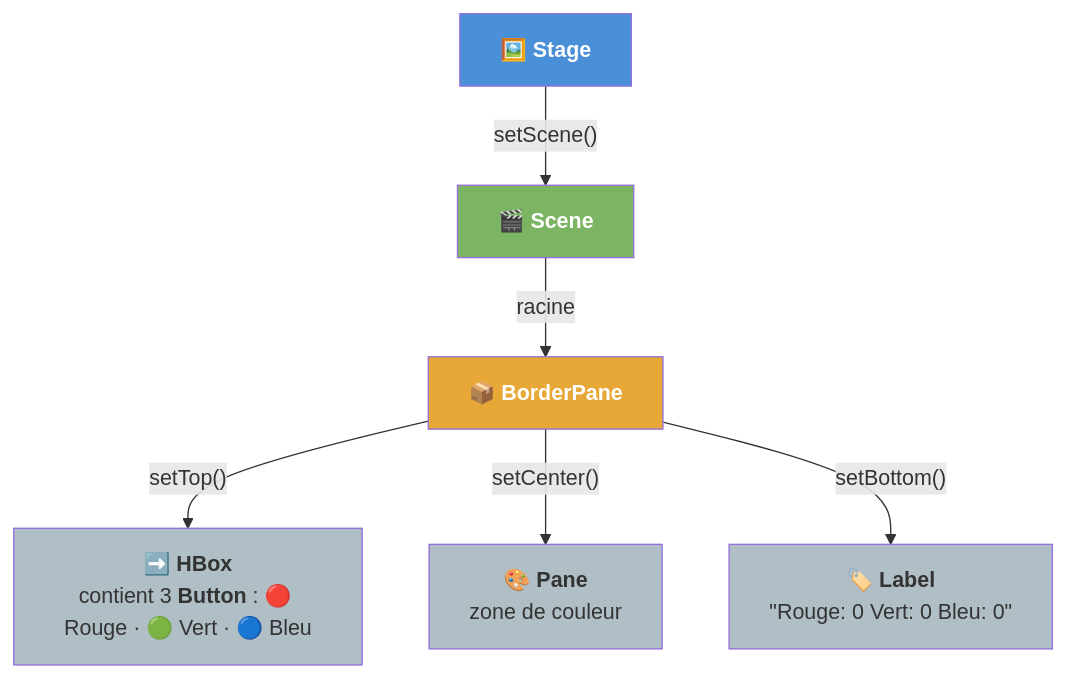
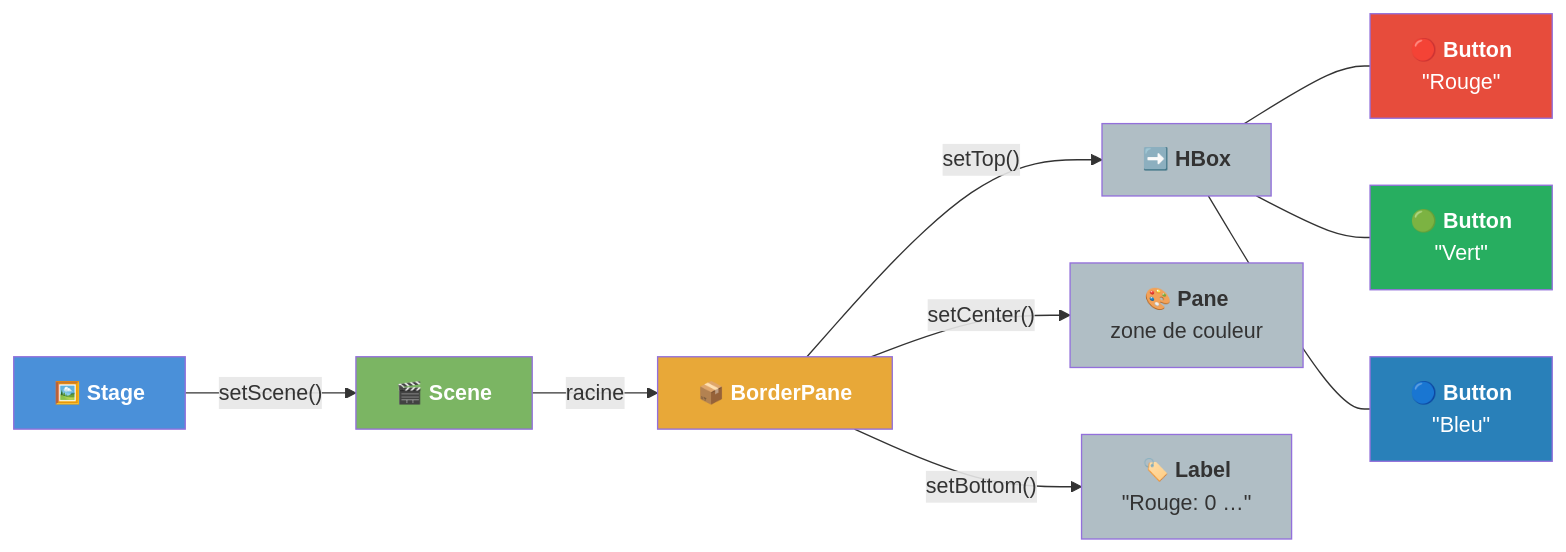
Before and after one commit to IUTInfoAix-R202-2026/tp1-Chtioui-1: the fifth of 5 diagrams in README.md, drawn with Mermaid.

Commit message:
docs(tp1): graphe exercice 6 en LR avec tous les nœuds Button
Retour des 3 nœuds Button individuels (Rouge, Vert, Bleu) comme
enfants du HBox. Le passage en graph LR (gauche à droite) devrait
éviter les croisements : les ramifications se déploient verticalement
au lieu d'horizontalement.

````diff
--- a/README.md
+++ b/README.md
@@ -976,15 +976,21 @@
 ```mermaid
-graph TD
+graph LR
     ST["🖼️ <b>Stage</b>"] -->|"setScene()"| S["🎬 <b>Scene</b>"]
     S -->|"racine"| BP["📦 <b>BorderPane</b>"]
-    BP -->|"setTop()"| H["➡️ <b>HBox</b><br/>contient 3 <b>Button</b> : 🔴 Rouge · 🟢 Vert · 🔵 Bleu"]
+    BP -->|"setTop()"| H["➡️ <b>HBox</b>"]
     BP -->|"setCenter()"| Z["🎨 <b>Pane</b><br/>zone de couleur"]
-    BP -->|"setBottom()"| L["🏷️ <b>Label</b><br/>&quot;Rouge: 0  Vert: 0  Bleu: 0&quot;"]
+    BP -->|"setBottom()"| L["🏷️ <b>Label</b><br/>&quot;Rouge: 0 …&quot;"]
+    H --- BR["🔴 <b>Button</b><br/>&quot;Rouge&quot;"]
+    H --- BV["🟢 <b>Button</b><br/>&quot;Vert&quot;"]
+    H --- BB["🔵 <b>Button</b><br/>&quot;Bleu&quot;"]
 
     style ST fill:#4a90d9,color:white
     style S fill:#7bb563,color:white
     style BP fill:#e8a838,color:white
     style H fill:#b0bec5,color:#333
     style Z fill:#b0bec5,color:#333
     style L fill:#b0bec5,color:#333
+    style BR fill:#e74c3c,color:white
+    style BV fill:#27ae60,color:white
+    style BB fill:#2980b9,color:white
 ```
````
